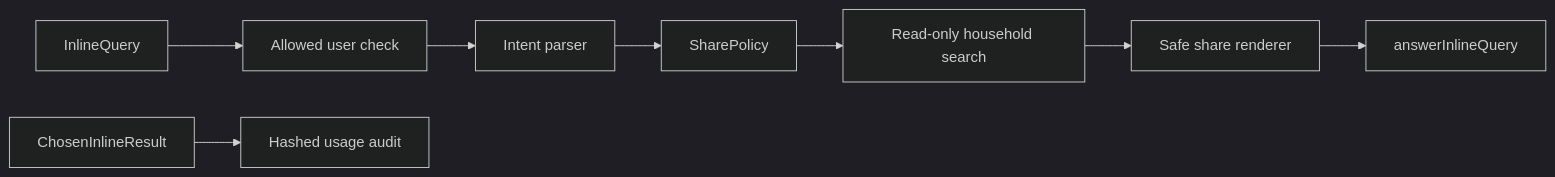
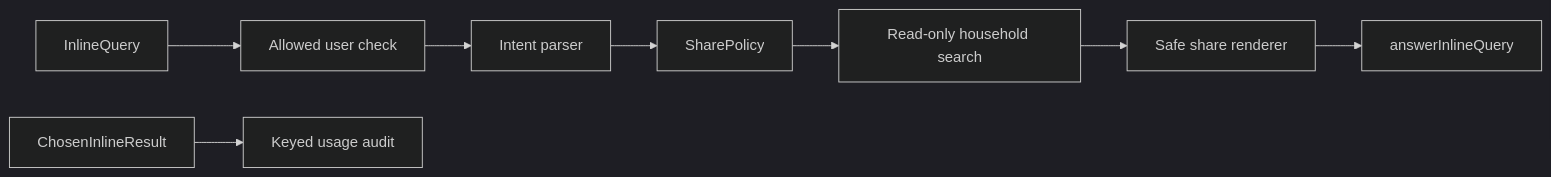
The diagram in docs/telegram-share-anywhere.md (yishaik/shared-home-bot), drawn with Mermaid (dark theme) before and after one commit. The commit also changed other lines of this file, not shown here.

Commit message:
Document keyed telemetry hashing and retention

````diff
--- a/docs/telegram-share-anywhere.md
+++ b/docs/telegram-share-anywhere.md
@@ -21,10 +21,10 @@
 ```mermaid
 flowchart LR
     IQ[InlineQuery] --> AUTH[Allowed user check]
     AUTH --> PARSE[Intent parser]
     PARSE --> POLICY[SharePolicy]
     POLICY --> SEARCH[Read-only household search]
     SEARCH --> RENDER[Safe share renderer]
     RENDER --> ANSWER[answerInlineQuery]
-    CHOSEN[ChosenInlineResult] --> AUDIT[Hashed usage audit]
+    CHOSEN[ChosenInlineResult] --> AUDIT[Keyed usage audit]
 ```
````
